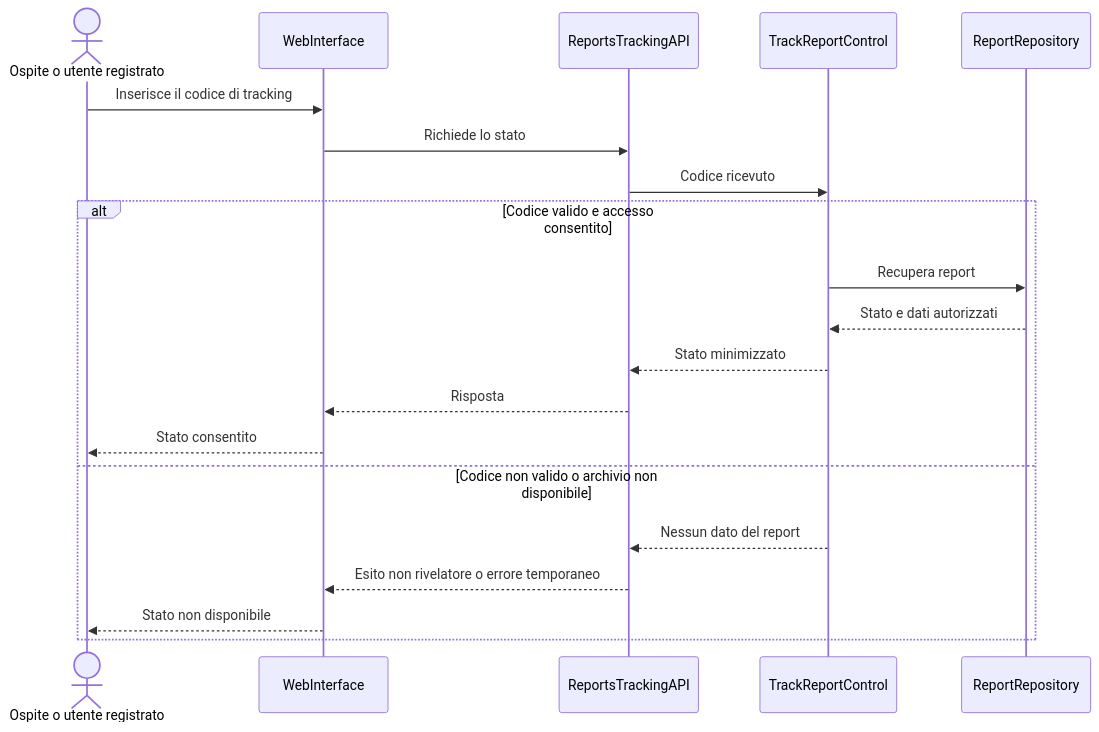
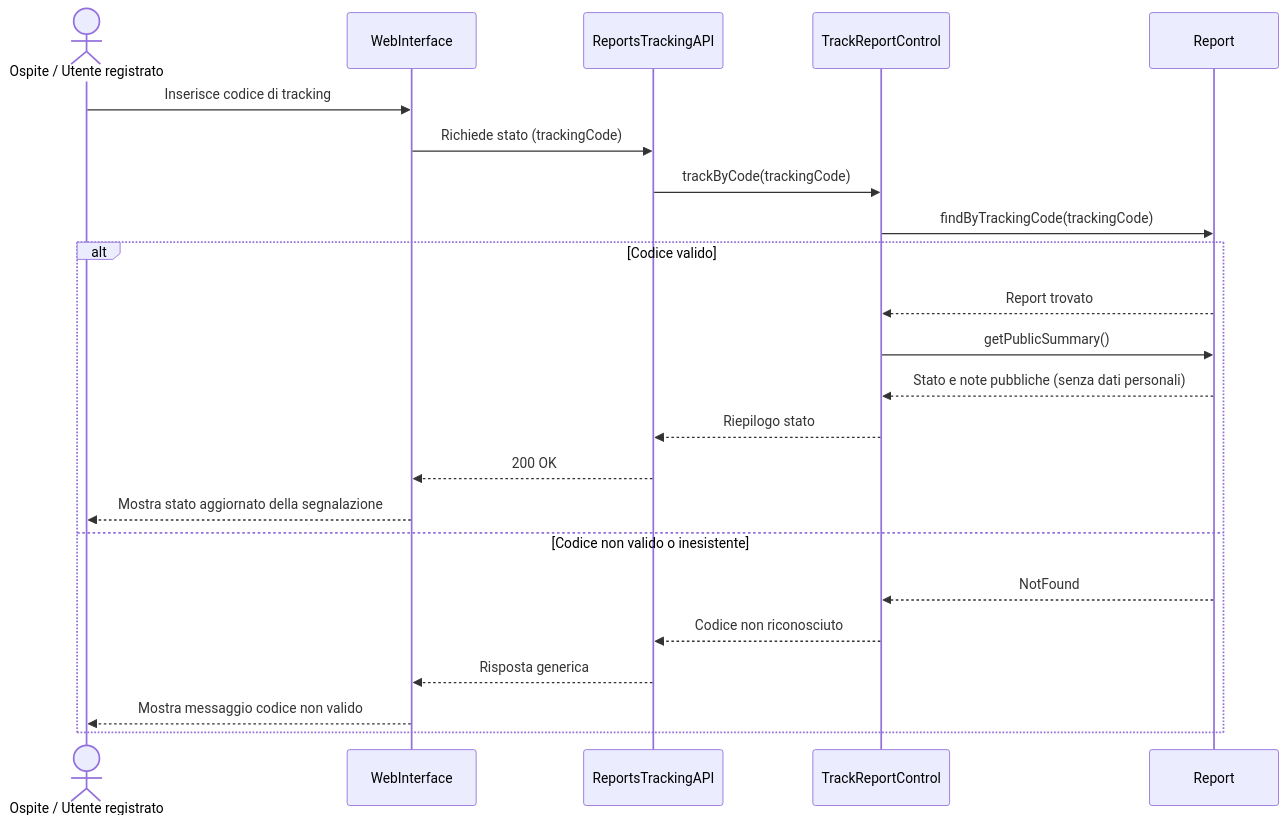
One commit to andreaplini/aegis changed the sixth of 10 diagrams in docs/RAD.md. Above: the diagram before and after it, drawn with Mermaid. The commit also changed other lines of this file, not shown here.

````diff
--- a/docs/RAD.md
+++ b/docs/RAD.md
@@ -535,23 +621,25 @@
 ```mermaid
 sequenceDiagram
-  accDescr: Il codice di tracking consente la consultazione dello stato autorizzato.
-  actor U as Ospite o utente registrato
+  actor U as Ospite / Utente registrato
   participant UI as WebInterface
   participant API as ReportsTrackingAPI
   participant UC as TrackReportControl
-  participant Repo as ReportRepository
-  U->>UI: Inserisce il codice di tracking
-  UI->>API: Richiede lo stato
-  API->>UC: Codice ricevuto
-  alt Codice valido e accesso consentito
-    UC->>Repo: Recupera report
-    Repo-->>UC: Stato e dati autorizzati
-    UC-->>API: Stato minimizzato
-    API-->>UI: Risposta
-    UI-->>U: Stato consentito
-  else Codice non valido o archivio non disponibile
-    UC-->>API: Nessun dato del report
-    API-->>UI: Esito non rivelatore o errore temporaneo
-    UI-->>U: Stato non disponibile
+  participant R as Report
+  U->>UI: Inserisce codice di tracking
+  UI->>API: Richiede stato (trackingCode)
+  API->>UC: trackByCode(trackingCode)
+  UC->>R: findByTrackingCode(trackingCode)
+  alt Codice valido
+    R-->>UC: Report trovato
+    UC->>R: getPublicSummary()
+    R-->>UC: Stato e note pubbliche (senza dati personali)
+    UC-->>API: Riepilogo stato
+    API-->>UI: 200 OK
+    UI-->>U: Mostra stato aggiornato della segnalazione
+  else Codice non valido o inesistente
+    R-->>UC: NotFound
+    UC-->>API: Codice non riconosciuto
+    API-->>UI: Risposta generica
+    UI-->>U: Mostra messaggio codice non valido
   end
 ```
````
